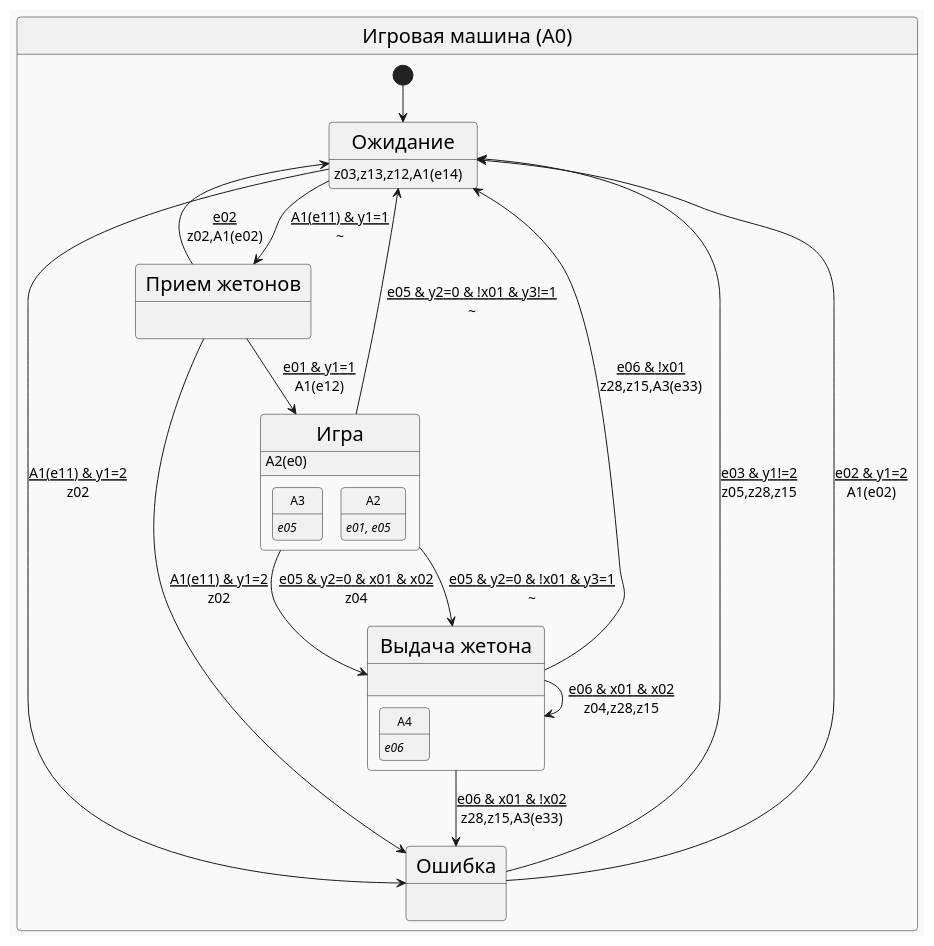
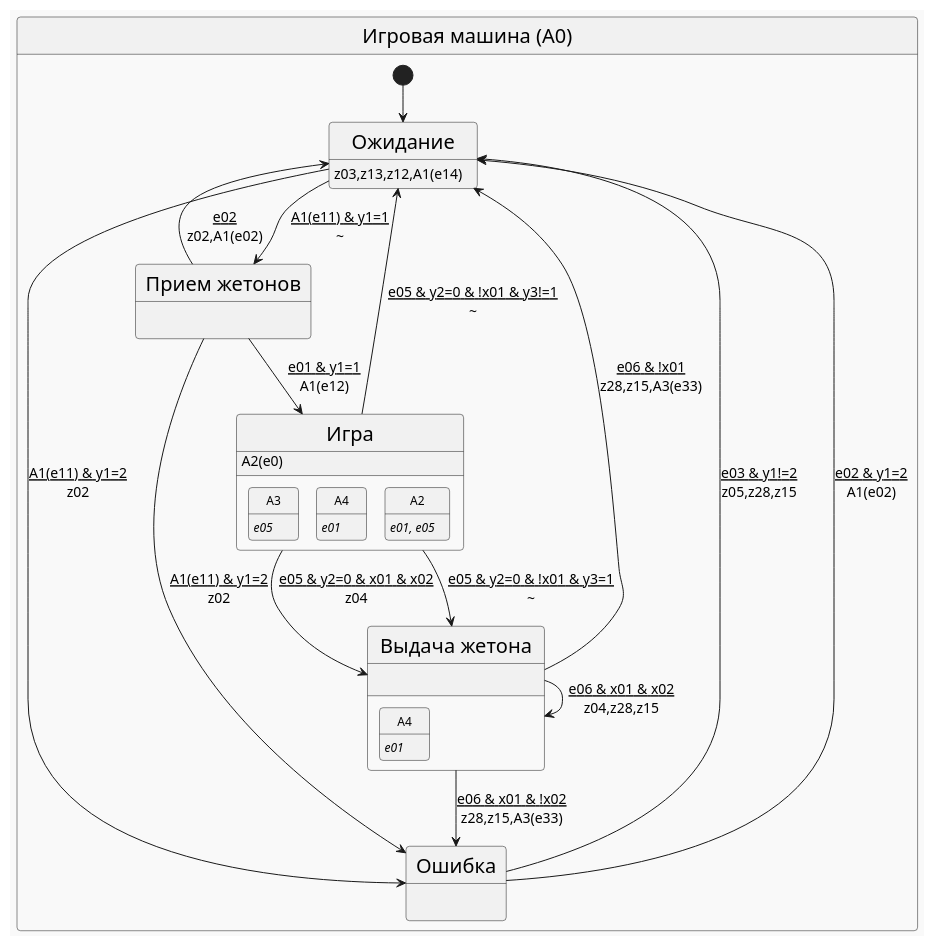
Before and after one commit to PhoenixNazarov/fsm-multiply: the diagram in articles/multiply_many_nested/puml/a0.puml, drawn with PlantUML. The commit also changed 13 other files, not shown here.

```diff
--- a/articles/multiply_many_nested/puml/a0.puml
+++ b/articles/multiply_many_nested/puml/a0.puml
@@ -1,33 +1,34 @@
 @startuml
 !theme mars
 skinparam stateFontSize 20
 skinparam arrowFontSize 14
 state "Игровая машина (A0)" as A0 {
     [*] --> A00
     state "Ожидание" as A00 : <size:14>z03,z13,z12,A1(e14)
     state "Прием жетонов" as A01 : 
     state "Игра" as A02 : <size:14>A2(e0)
     state "Ошибка" as A03 : 
     state "Выдача жетона" as A04 : 
     state "Игра" as A02 {
         state "<size:12>A3" as F1 : <size:12><i>e05
-        state "<size:12>A2" as F2 : <size:12><i>e01, e05
+        state "<size:12>A4" as F2 : <size:12><i>e01
+        state "<size:12>A2" as F3 : <size:12><i>e01, e05
     }
     state "Выдача жетона" as A04 {
-        state "<size:12>A4" as F3 : <size:12><i>e06
+        state "<size:12>A4" as F4 : <size:12><i>e01
     }
     A00 --> A01 : <u>A1(e11) & y1=1\n~
     A00 --> A03 : <u>A1(e11) & y1=2\nz02
     A01 --> A00 : <u>e02\nz02,A1(e02)
     A01 --> A02 : <u>e01 & y1=1\nA1(e12)
     A01 --> A03 : <u>A1(e11) & y1=2\nz02
     A02 --> A04 : <u>e05 & y2=0 & x01 & x02\nz04
     A02 --> A04 : <u>e05 & y2=0 & !x01 & y3=1\n~
     A02 --> A00 : <u>e05 & y2=0 & !x01 & y3!=1\n~
     A03 --> A00 : <u>e03 & y1!=2\nz05,z28,z15
     A03 --> A00 : <u>e02 & y1=2\nA1(e02)
     A04 --> A04 : <u>e06 & x01 & x02\nz04,z28,z15
     A04 --> A03 : <u>e06 & x01 & !x02\nz28,z15,A3(e33)
     A04 --> A00 : <u>e06 & !x01\nz28,z15,A3(e33)
 }
 @enduml
```
